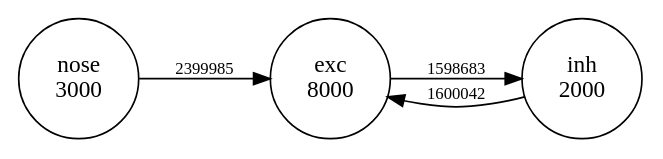
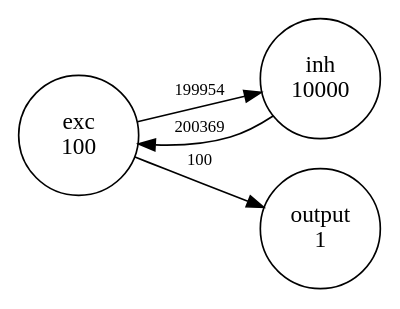
One commit to drghirlanda/mint changed the diagram in example/speed/speed.dot. Above: the diagram before and after it, drawn with Graphviz. The commit also changed 7 other files, not shown here.

```diff
--- a/example/speed/speed.dot
+++ b/example/speed/speed.dot
@@ -1,11 +1,11 @@
 digraph network {
 rankdir=LR
 node [fixedsize=true height=1 shape=circle]
 edge [fontsize=10]
-n0 [label="nose\n3000"]
-n1 [label="exc\n8000"]
-n2 [label="inh\n2000"]
-n1 -> n2 [label="1598683"]
-n2 -> n1 [label="1600042"]
-n0 -> n1 [label="2399985"]
+n0 [label="exc\n100"]
+n1 [label="inh\n10000"]
+n2 [label="output\n1"]
+n0 -> n1 [label="199954"]
+n1 -> n0 [label="200369"]
+n0 -> n2 [label="100"]
 }
```
